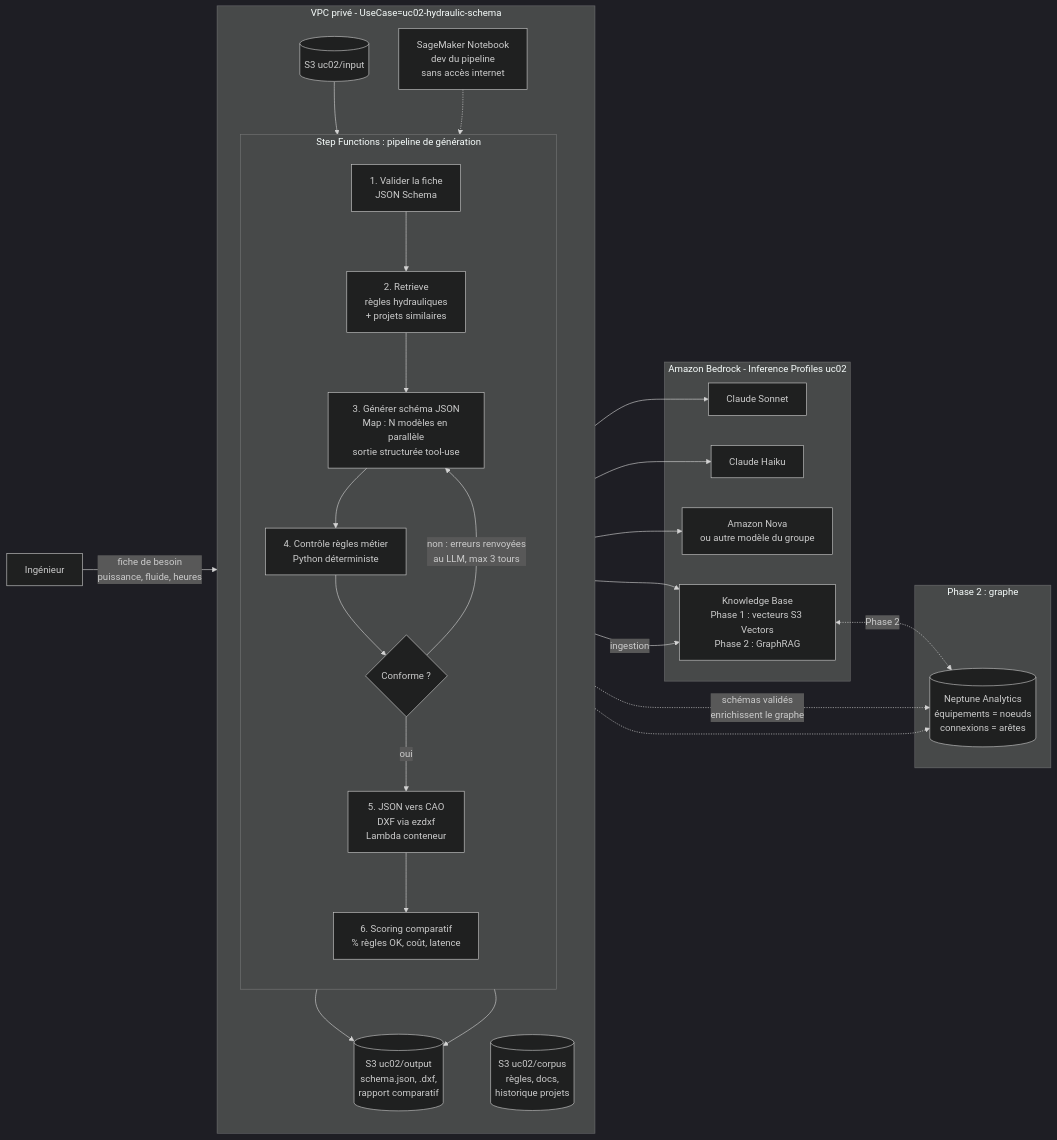
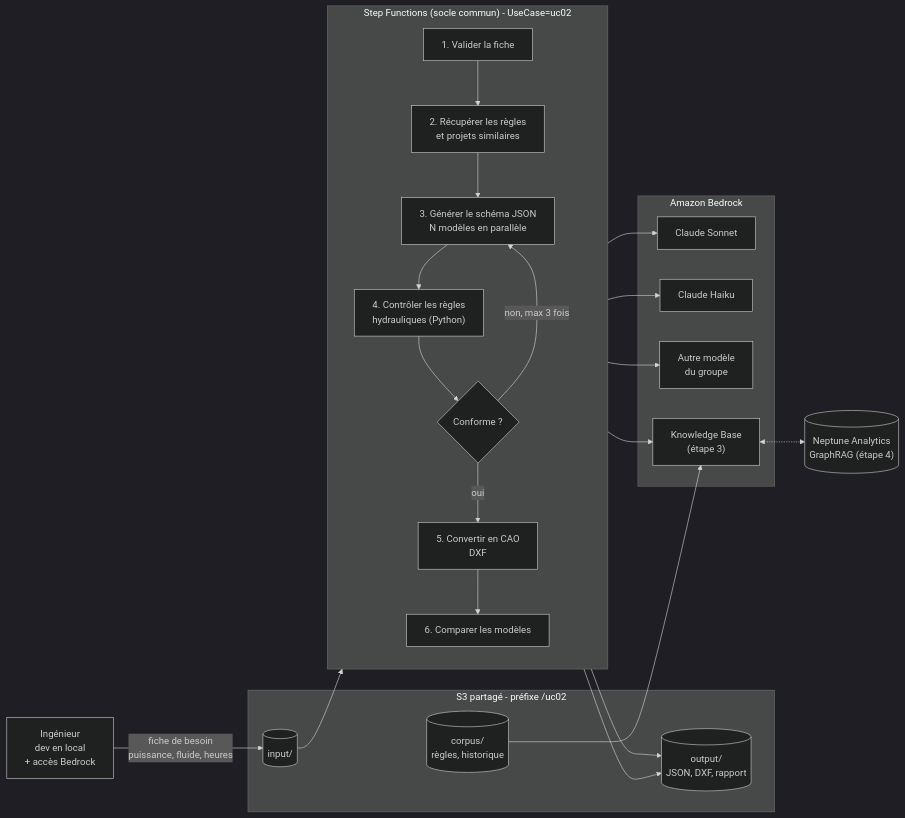
The diagram in docs/diagrams/02-besoin2-schema-hydraulique.mmd (aymane-benchhab/aymane-benchhab), drawn with Mermaid (dark theme) before and after one commit. The commit also changed 5 other files, not shown here.

First line of the commit message:
Update diagrams: shared S3 bucket, no SageMaker, shared Step Functions

```diff
--- a/docs/diagrams/02-besoin2-schema-hydraulique.mmd
+++ b/docs/diagrams/02-besoin2-schema-hydraulique.mmd
@@ -1,47 +1,39 @@
 flowchart LR
-  ING["Ingénieur"] -->|"fiche de besoin<br/>puissance, fluide, heures"| S3IN
+  ING["Ingénieur<br/>dev en local<br/>+ accès Bedrock"] -->|"fiche de besoin<br/>puissance, fluide, heures"| IN
 
-  subgraph VPC["VPC privé  -  UseCase=uc02-hydraulic-schema"]
-    direction TB
-    S3IN[("S3 uc02/input")]
-
-    subgraph SFN["Step Functions : pipeline de génération"]
-      direction TB
-      V["1. Valider la fiche<br/>JSON Schema"]
-      R["2. Retrieve<br/>règles hydrauliques<br/>+ projets similaires"]
-      G["3. Générer schéma JSON<br/>Map : N modèles en parallèle<br/>sortie structurée tool-use"]
-      C["4. Contrôle règles métier<br/>Python déterministe"]
-      D{"Conforme ?"}
-      X["5. JSON vers CAO<br/>DXF via ezdxf<br/>Lambda conteneur"]
-      M["6. Scoring comparatif<br/>% règles OK, coût, latence"]
-      V --> R --> G --> C --> D
-      D -->|"non : erreurs renvoyées<br/>au LLM, max 3 tours"| G
-      D -->|"oui"| X --> M
-    end
-
-    NB["SageMaker Notebook<br/>dev du pipeline<br/>sans accès internet"]
-    S3C[("S3 uc02/corpus<br/>règles, docs,<br/>historique projets")]
-    S3OUT[("S3 uc02/output<br/>schema.json, .dxf,<br/>rapport comparatif")]
+  subgraph S3["S3 partagé  -  préfixe /uc02"]
+    IN[("input/")]
+    COR[("corpus/<br/>règles, historique")]
+    OUT[("output/<br/>JSON, DXF, rapport")]
   end
 
-  subgraph BR["Amazon Bedrock  -  Inference Profiles uc02"]
+  subgraph SFN["Step Functions  (socle commun)  -  UseCase=uc02"]
+    direction TB
+    V["1. Valider la fiche"]
+    R["2. Récupérer les règles<br/>et projets similaires"]
+    G["3. Générer le schéma JSON<br/>N modèles en parallèle"]
+    C["4. Contrôler les règles<br/>hydrauliques (Python)"]
+    D{"Conforme ?"}
+    X["5. Convertir en CAO<br/>DXF"]
+    M["6. Comparer les modèles"]
+    V --> R --> G --> C --> D
+    D -->|"non, max 3 fois"| G
+    D -->|"oui"| X --> M
+  end
+
+  subgraph BR["Amazon Bedrock"]
     M1["Claude Sonnet"]
     M2["Claude Haiku"]
-    M3["Amazon Nova<br/>ou autre modèle du groupe"]
-    KB["Knowledge Base<br/>Phase 1 : vecteurs S3 Vectors<br/>Phase 2 : GraphRAG"]
+    M3["Autre modèle<br/>du groupe"]
+    KB["Knowledge Base<br/>(étape 3)"]
   end
 
-  subgraph GR["Phase 2 : graphe"]
-    NA[("Neptune Analytics<br/>équipements = noeuds<br/>connexions = arêtes")]
-  end
+  NA[("Neptune Analytics<br/>GraphRAG (étape 4)")]
 
-  S3IN --> V
+  IN --> V
+  G --> M1 & M2 & M3
   R --> KB
-  G --> M1 & M2 & M3
-  S3C -->|"ingestion"| KB
-  KB <-.->|"Phase 2"| NA
-  X --> S3OUT
-  M --> S3OUT
-  X -.->|"schémas validés<br/>enrichissent le graphe"| NA
-  NB -.-> SFN
-  NB -.-> NA
+  COR --> KB
+  KB <-.-> NA
+  X --> OUT
+  M --> OUT
```
